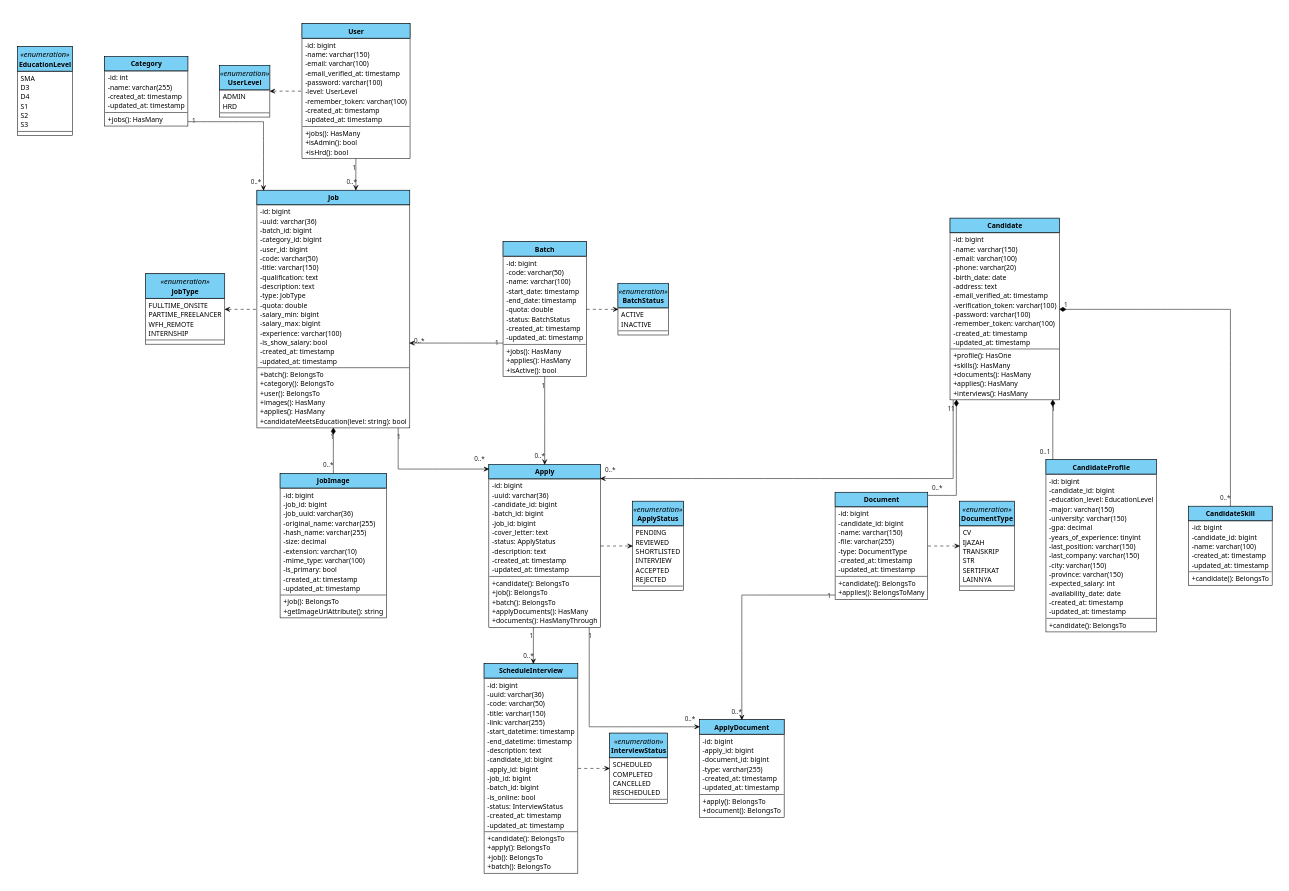
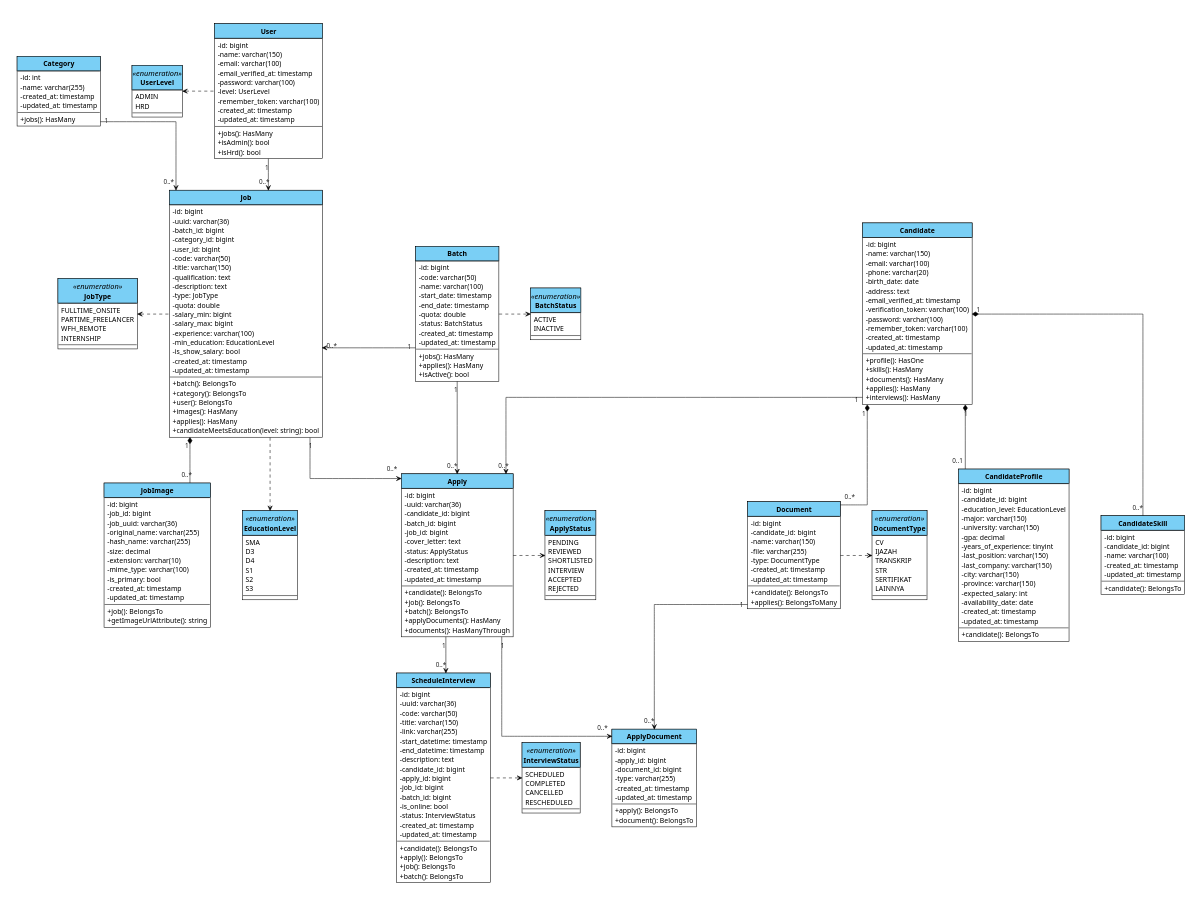
The diagram in public/assets/diagrams/VP/Class_Diagram.puml (Madtive-Studio/klinik_keluarga_career), drawn with PlantUML before and after one commit. The commit also changed 20 other files, not shown here.

Commit message:
refactor: move min_education to jobs table and remove JobCriteria entities

```diff
--- a/public/assets/diagrams/VP/Class_Diagram.puml
+++ b/public/assets/diagrams/VP/Class_Diagram.puml
@@ -100,6 +100,7 @@
     -salary_min: bigint
     -salary_max: bigint
     -experience: varchar(100)
+    -min_education: EducationLevel
     -is_show_salary: bool
     -created_at: timestamp
     -updated_at: timestamp
@@ -337,6 +338,7 @@
 Category "1" -down-> "0..*" Job 
 Job "1" *-down- "0..*" JobImage
 Job -left.> JobType
+Job -down.> EducationLevel
 
 ' Selection (Center)
 Batch -right.> BatchStatus
```
